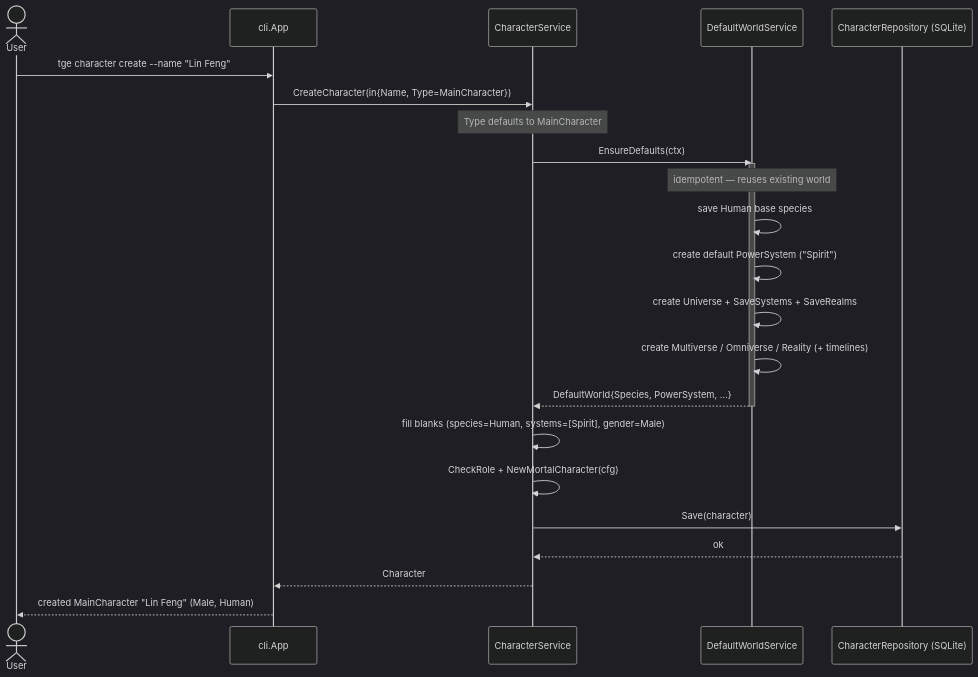
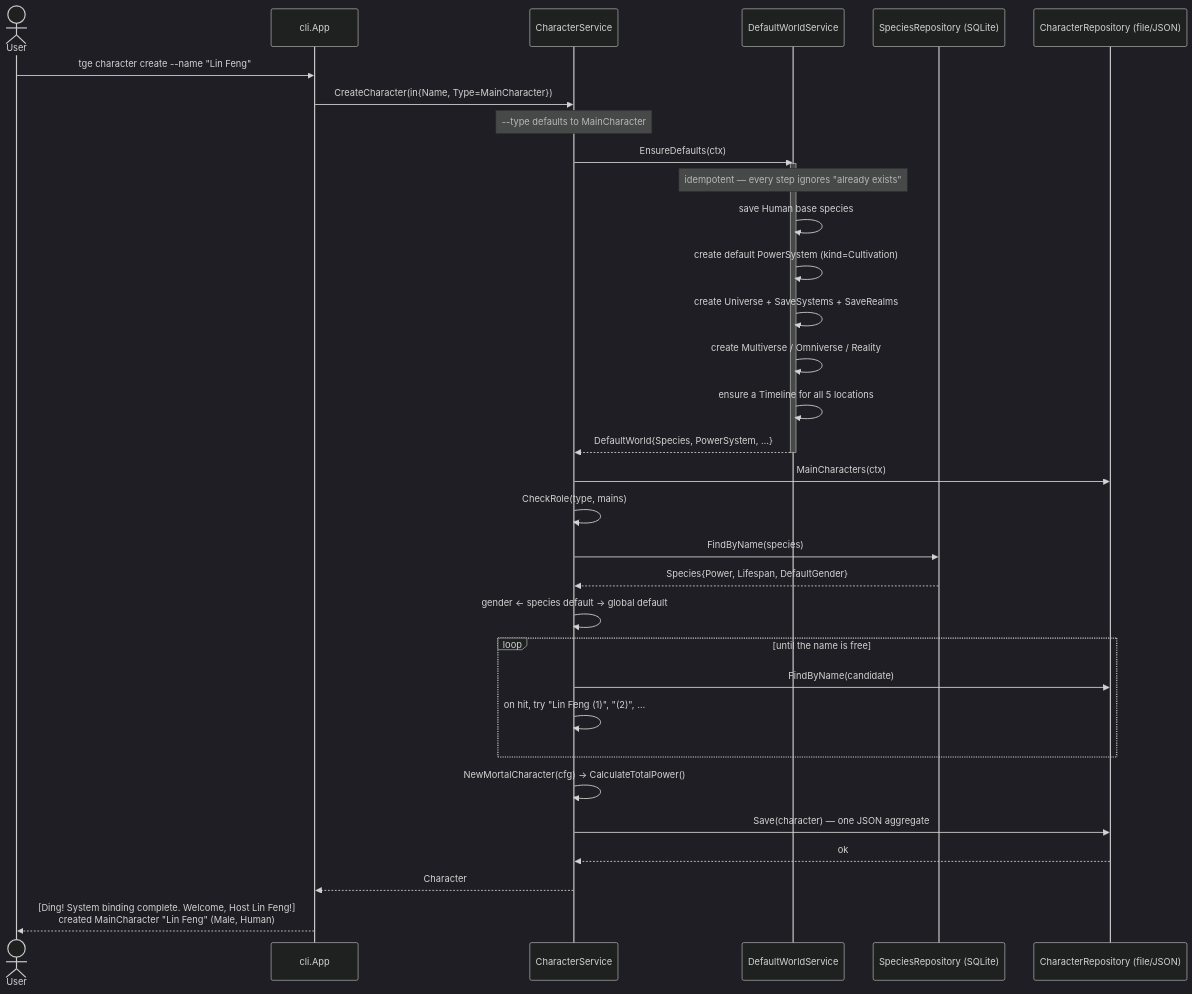
The diagram in ai/docs/diagrams/create-character-flow.md (backendsouls/tge), drawn with Mermaid before and after one commit. The commit also changed other lines of this file and 20 other files, not shown here.

````diff
--- a/ai/docs/diagrams/create-character-flow.md
+++ b/ai/docs/diagrams/create-character-flow.md
@@ -3,28 +3,38 @@
 ```mermaid
 %%{init: {"theme":"dark","themeVariables":{"lineColor":"#c8d3f5"},"themeCSS":".edgePath path,.flowchart-link{stroke-width:2px} .messageLine0,.messageLine1{stroke-width:2px} .relation{stroke-width:2px} .actor{stroke-width:2px} .node rect,.node circle,.node polygon,.node path{stroke-width:2px} .cluster rect{stroke-width:2px}"}}%%
 sequenceDiagram
     actor User
     participant CLI as cli.App
     participant CS as CharacterService
     participant DW as DefaultWorldService
-    participant Repo as CharacterRepository (SQLite)
+    participant SP as SpeciesRepository (SQLite)
+    participant Repo as CharacterRepository (file/JSON)
 
     User->>CLI: tge character create --name "Lin Feng"
     CLI->>CS: CreateCharacter(in{Name, Type=MainCharacter})
-    note over CS: Type defaults to MainCharacter
+    note over CS: --type defaults to MainCharacter
     CS->>DW: EnsureDefaults(ctx)
     activate DW
-    note over DW: idempotent — reuses existing world
+    note over DW: idempotent — every step ignores "already exists"
     DW->>DW: save Human base species
-    DW->>DW: create default PowerSystem ("Spirit")
+    DW->>DW: create default PowerSystem (kind=Cultivation)
     DW->>DW: create Universe + SaveSystems + SaveRealms
-    DW->>DW: create Multiverse / Omniverse / Reality (+ timelines)
+    DW->>DW: create Multiverse / Omniverse / Reality
+    DW->>DW: ensure a Timeline for all 5 locations
     DW-->>CS: DefaultWorld{Species, PowerSystem, …}
     deactivate DW
-    CS->>CS: fill blanks (species=Human, systems=[Spirit], gender=Male)
-    CS->>CS: CheckRole + NewMortalCharacter(cfg)
-    CS->>Repo: Save(character)
+    CS->>Repo: MainCharacters(ctx)
+    CS->>CS: CheckRole(type, mains)
+    CS->>SP: FindByName(species)
+    SP-->>CS: Species{Power, Lifespan, DefaultGender}
+    CS->>CS: gender ← species default → global default
+    loop until the name is free
+        CS->>Repo: FindByName(candidate)
+        CS->>CS: on hit, try "Lin Feng (1)", "(2)", …
+    end
+    CS->>CS: NewMortalCharacter(cfg) → CalculateTotalPower()
+    CS->>Repo: Save(character) — one JSON aggregate
     Repo-->>CS: ok
     CS-->>CLI: Character
-    CLI-->>User: created MainCharacter "Lin Feng" (Male, Human)
+    CLI-->>User: [Ding! System binding complete. Welcome, Host Lin Feng!]<br/>created MainCharacter "Lin Feng" (Male, Human)
 ```
````
